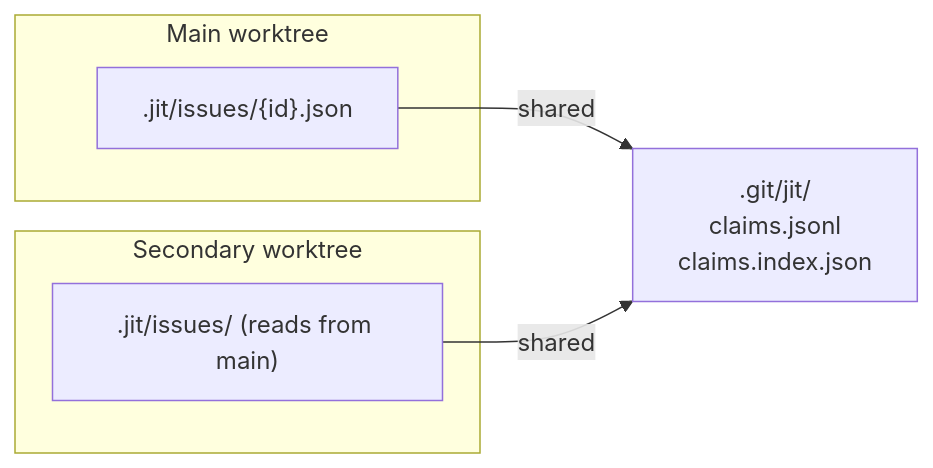
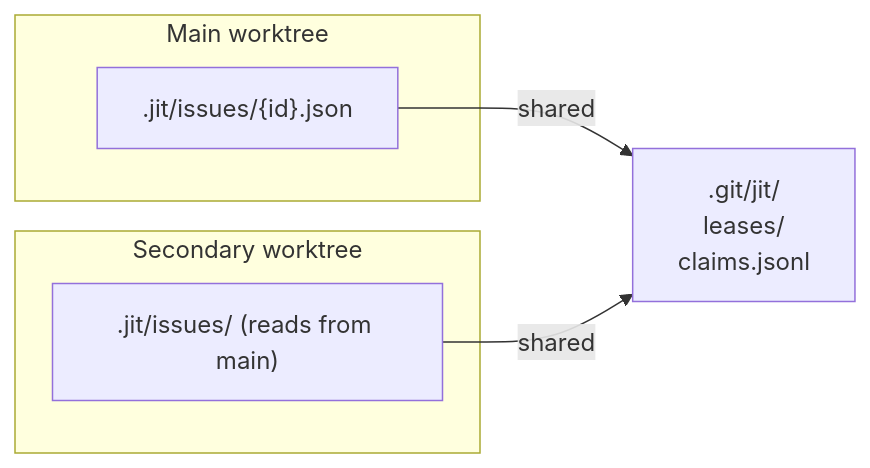
One commit to erankavija/just-in-time changed the diagram in docs/tutorials/parallel-work-worktrees.md. Above: the diagram before and after it, drawn with Mermaid. The commit also changed 18 other files, not shown here.

````diff
--- a/docs/tutorials/parallel-work-worktrees.md
+++ b/docs/tutorials/parallel-work-worktrees.md
@@ -205,12 +205,12 @@
 ```mermaid
 flowchart LR
     subgraph Main["Main worktree"]
         MI[".jit/issues/{id}.json"]
     end
     subgraph Secondary["Secondary worktree"]
         SI[".jit/issues/ (reads from main)"]
     end
-    CP[".git/jit/<br/>claims.jsonl<br/>claims.index.json"]
+    CP[".git/jit/<br/>leases/<br/>claims.jsonl"]
     MI -->|shared| CP
     SI -->|shared| CP
 ```
````
